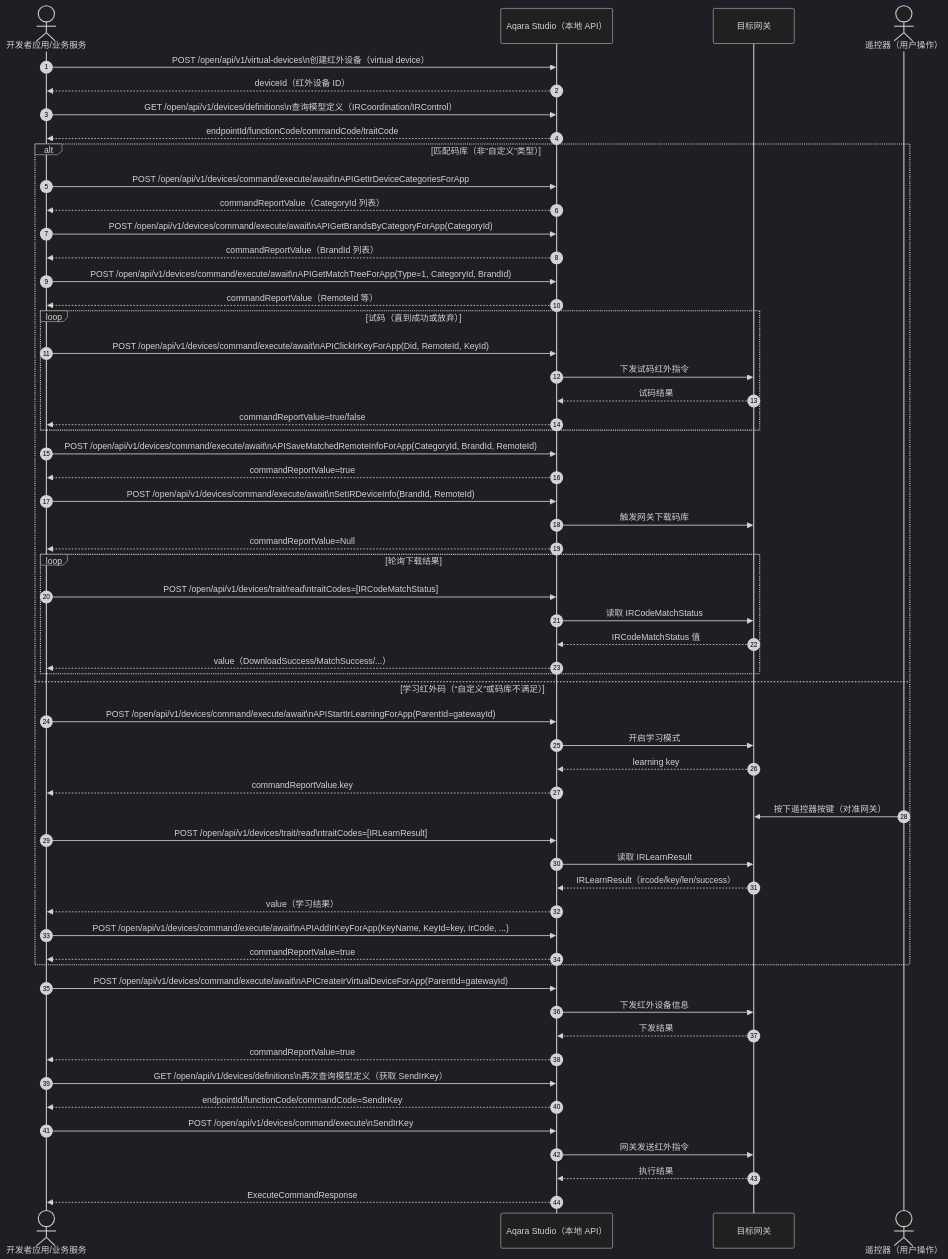
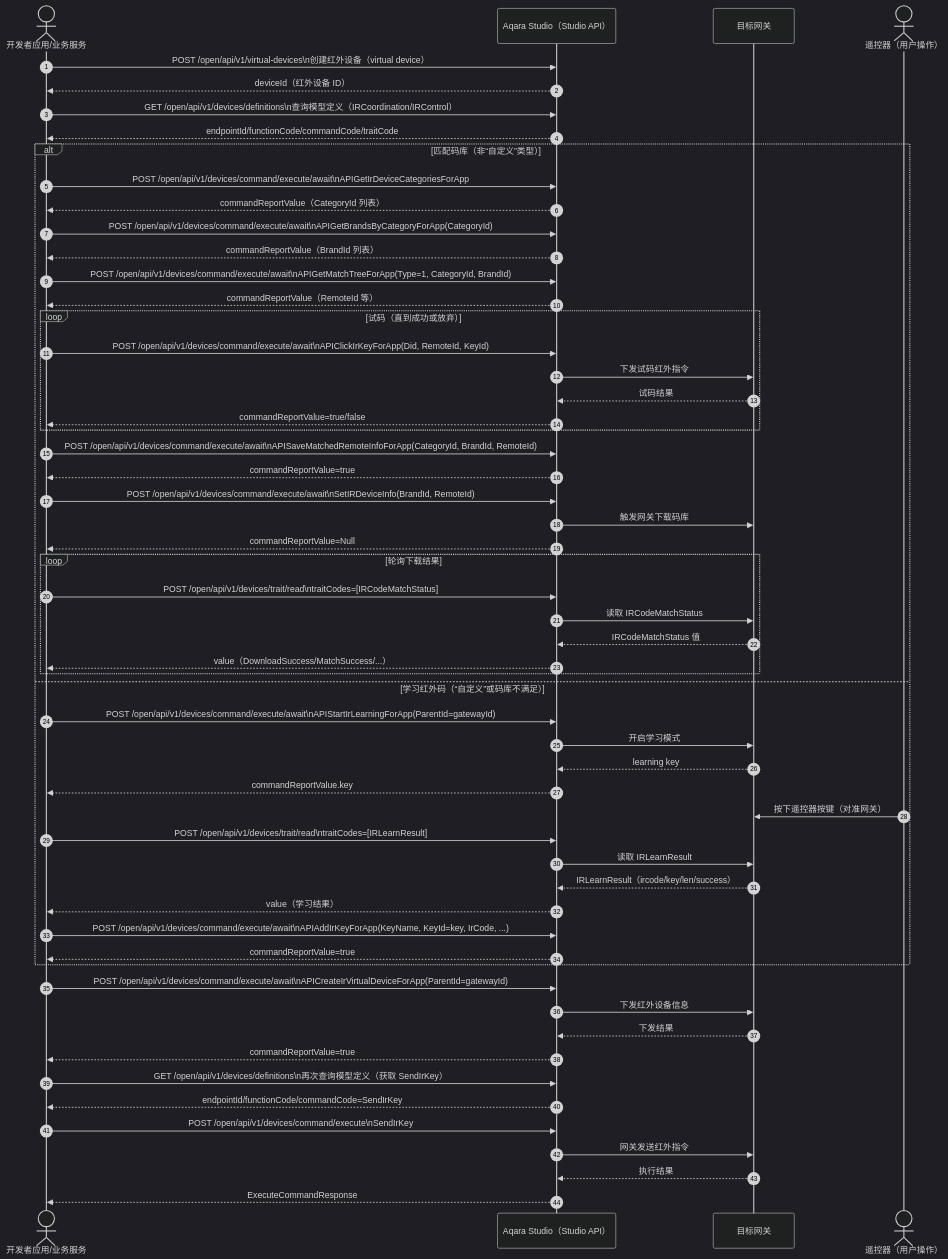
The diagram in i18n/zh/docusaurus-plugin-content-docs/version-Beta/aqara-developer/local-studio-development/features/infrared-device-integration.mdx (JadenAtAqara/itad-wiki), drawn with Mermaid (dark theme) before and after one commit. The commit also changed other lines of this file and 30 other files, not shown here.

````diff
--- a/i18n/zh/docusaurus-plugin-content-docs/version-Beta/aqara-developer/local-studio-development/features/infrared-device-integration.mdx
+++ b/i18n/zh/docusaurus-plugin-content-docs/version-Beta/aqara-developer/local-studio-development/features/infrared-device-integration.mdx
@@ -12,74 +12,74 @@
 ```mermaid
 sequenceDiagram
 autonumber
 actor App as 开发者应用/业务服务
-participant Studio as Aqara Studio（本地 API）
+participant Studio as Aqara Studio（Studio API）
 participant Gateway as 目标网关
 actor Remote as 遥控器（用户操作）
 
 App->>Studio: POST /open/api/v1/virtual-devices\n创建红外设备（virtual device）
 Studio-->>App: deviceId（红外设备 ID）
 
 App->>Studio: GET /open/api/v1/devices/definitions\n查询模型定义（IRCoordination/IRControl）
 Studio-->>App: endpointId/functionCode/commandCode/traitCode
 
 alt 匹配码库（非“自定义”类型）
   App->>Studio: POST /open/api/v1/devices/command/execute/await\nAPIGetIrDeviceCategoriesForApp
   Studio-->>App: commandReportValue（CategoryId 列表）
 
   App->>Studio: POST /open/api/v1/devices/command/execute/await\nAPIGetBrandsByCategoryForApp(CategoryId)
   Studio-->>App: commandReportValue（BrandId 列表）
 
   App->>Studio: POST /open/api/v1/devices/command/execute/await\nAPIGetMatchTreeForApp(Type=1, CategoryId, BrandId)
   Studio-->>App: commandReportValue（RemoteId 等）
 
   loop 试码（直到成功或放弃）
     App->>Studio: POST /open/api/v1/devices/command/execute/await\nAPIClickIrKeyForApp(Did, RemoteId, KeyId)
     Studio->>Gateway: 下发试码红外指令
     Gateway-->>Studio: 试码结果
     Studio-->>App: commandReportValue=true/false
   end
 
   App->>Studio: POST /open/api/v1/devices/command/execute/await\nAPISaveMatchedRemoteInfoForApp(CategoryId, BrandId, RemoteId)
   Studio-->>App: commandReportValue=true
 
   App->>Studio: POST /open/api/v1/devices/command/execute/await\nSetIRDeviceInfo(BrandId, RemoteId)
   Studio->>Gateway: 触发网关下载码库
   Studio-->>App: commandReportValue=Null
 
   loop 轮询下载结果
     App->>Studio: POST /open/api/v1/devices/trait/read\ntraitCodes=[IRCodeMatchStatus]
     Studio->>Gateway: 读取 IRCodeMatchStatus
     Gateway-->>Studio: IRCodeMatchStatus 值
     Studio-->>App: value（DownloadSuccess/MatchSuccess/...）
   end
 else 学习红外码（“自定义”或码库不满足）
   App->>Studio: POST /open/api/v1/devices/command/execute/await\nAPIStartIrLearningForApp(ParentId=gatewayId)
   Studio->>Gateway: 开启学习模式
   Gateway-->>Studio: learning key
   Studio-->>App: commandReportValue.key
 
   Remote->>Gateway: 按下遥控器按键（对准网关）
 
   App->>Studio: POST /open/api/v1/devices/trait/read\ntraitCodes=[IRLearnResult]
   Studio->>Gateway: 读取 IRLearnResult
   Gateway-->>Studio: IRLearnResult（ircode/key/len/success）
   Studio-->>App: value（学习结果）
 
   App->>Studio: POST /open/api/v1/devices/command/execute/await\nAPIAddIrKeyForApp(KeyName, KeyId=key, IrCode, ...)
   Studio-->>App: commandReportValue=true
 end
 
 App->>Studio: POST /open/api/v1/devices/command/execute/await\nAPICreateIrVirtualDeviceForApp(ParentId=gatewayId)
 Studio->>Gateway: 下发红外设备信息
 Gateway-->>Studio: 下发结果
 Studio-->>App: commandReportValue=true
 
 App->>Studio: GET /open/api/v1/devices/definitions\n再次查询模型定义（获取 SendIrKey）
 Studio-->>App: endpointId/functionCode/commandCode=SendIrKey
 
 App->>Studio: POST /open/api/v1/devices/command/execute\nSendIrKey
 Studio->>Gateway: 网关发送红外指令
 Gateway-->>Studio: 执行结果
 Studio-->>App: ExecuteCommandResponse
 ```
````
